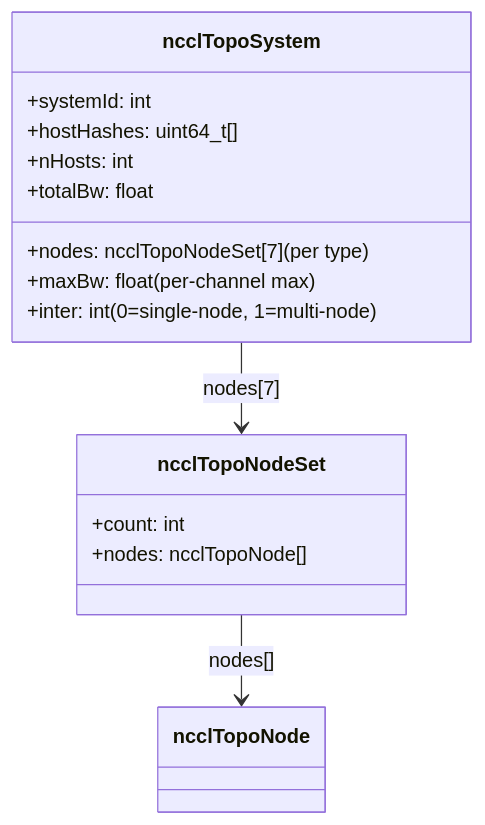
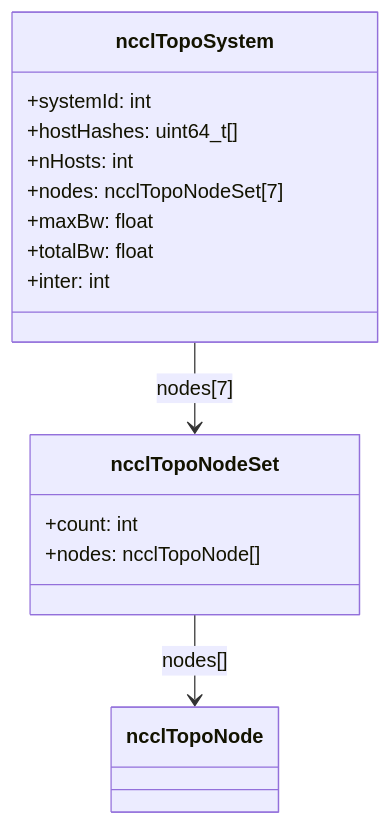
Before and after one commit to s0okiym/share: the second of 8 diagrams in dd_nccl_glm5.1/02-topology.md, drawn with Mermaid. The commit also changed other lines of this file and 19 other files, not shown here.

````diff
--- a/dd_nccl_glm5.1/02-topology.md
+++ b/dd_nccl_glm5.1/02-topology.md
@@ -91,20 +99,20 @@
 ```mermaid
 classDiagram
     class ncclTopoSystem {
         +systemId: int
         +hostHashes: uint64_t[]
         +nHosts: int
-        +nodes: ncclTopoNodeSet[7] (per type)
-        +maxBw: float (per-channel max)
+        +nodes: ncclTopoNodeSet[7]
+        +maxBw: float
         +totalBw: float
-        +inter: int (0=single-node, 1=multi-node)
+        +inter: int
     }
 
     class ncclTopoNodeSet {
         +count: int
         +nodes: ncclTopoNode[]
     }
 
     ncclTopoSystem --> ncclTopoNodeSet : nodes[7]
     ncclTopoNodeSet --> ncclTopoNode : nodes[]
 ```
````
